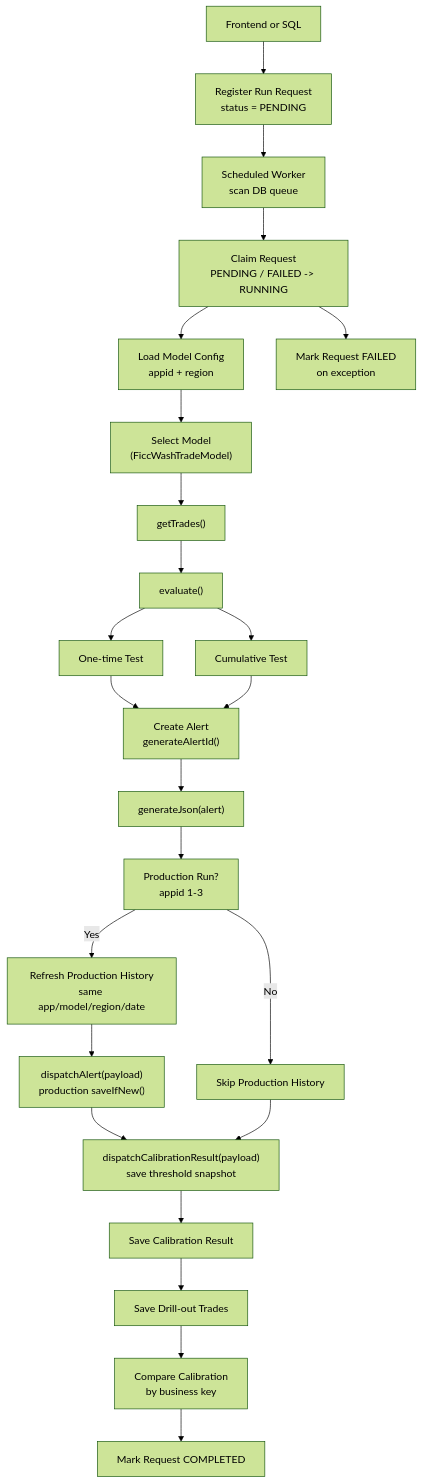
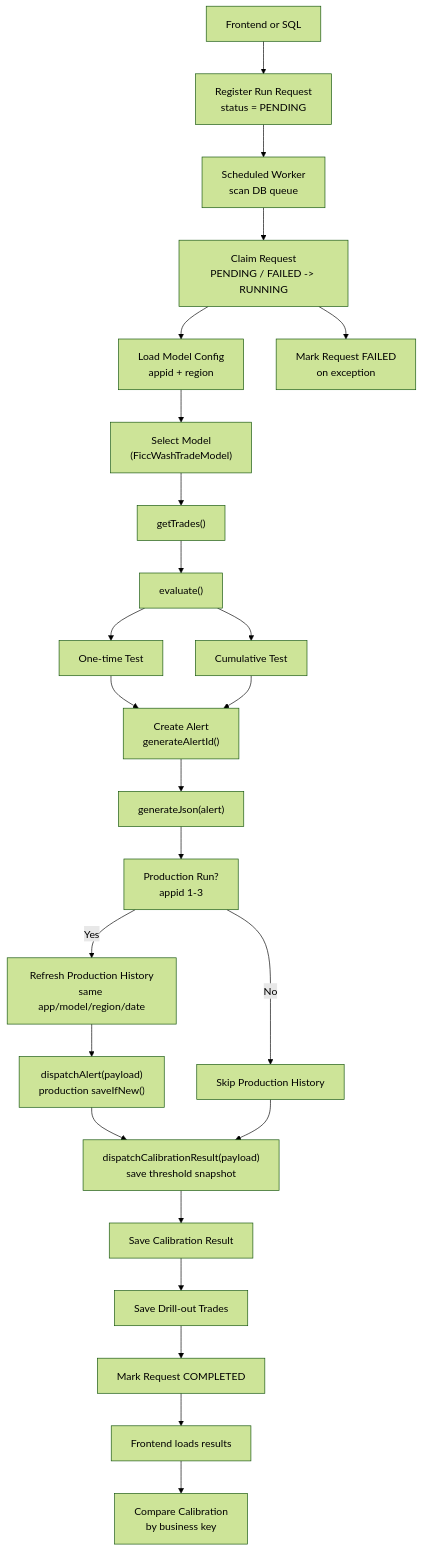
Before and after one commit to KiBeomLee16/Ficc_WashModel: the diagram in README.md, drawn with Mermaid (forest theme).

Commit message:
update read me

````diff
--- a/README.md
+++ b/README.md
@@ -62,31 +62,33 @@
 ```mermaid
 flowchart TD
     A["Frontend or SQL"] --> B["Register Run Request<br/>status = PENDING"]
     B --> C["Scheduled Worker<br/>scan DB queue"]
     C --> D["Claim Request<br/>PENDING / FAILED -> RUNNING"]
     D --> E["Load Model Config<br/>appid + region"]
     E --> F["Select Model<br/>(FiccWashTradeModel)"]
     F --> G["getTrades()"]
     G --> H["evaluate()"]
 
     H --> I["One-time Test"]
     H --> J["Cumulative Test"]
 
     I --> K["Create Alert<br/>generateAlertId()"]
     J --> K
 
     K --> L["generateJson(alert)"]
     L --> M["Production Run?<br/>appid 1-3"]
     M -->|Yes| N["Refresh Production History<br/>same app/model/region/date"]
     N --> O["dispatchAlert(payload)<br/>production saveIfNew()"]
     M -->|No| P["Skip Production History"]
 
     O --> Q["dispatchCalibrationResult(payload)<br/>save threshold snapshot"]
     P --> Q
     Q --> R["Save Calibration Result"]
     R --> S["Save Drill-out Trades"]
-    S --> V["Compare Calibration<br/>by business key"]
-    V --> T["Mark Request COMPLETED"]
+    S --> T["Mark Request COMPLETED"]
+
+    T --> V["Frontend loads results"]
+    V --> W["Compare Calibration<br/>by business key"]
 
     D --> U["Mark Request FAILED<br/>on exception"]
 ```
````
